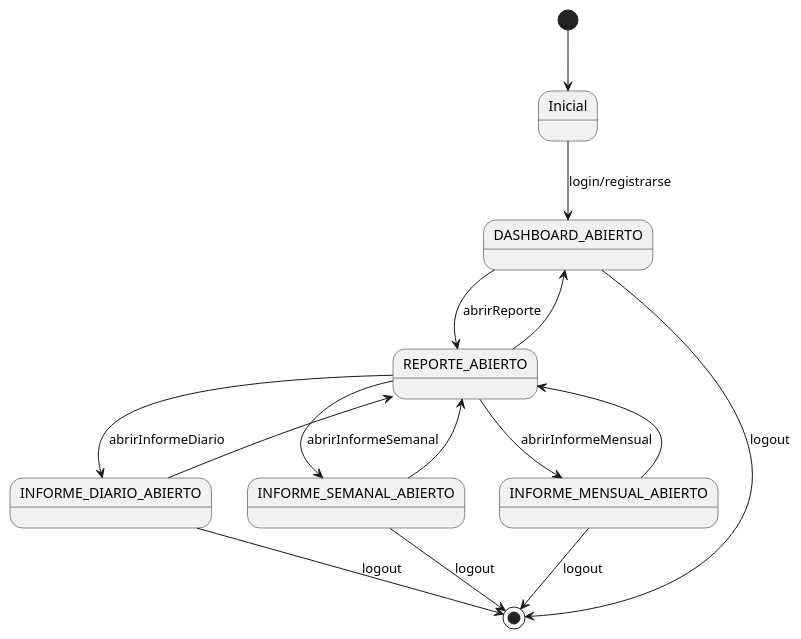
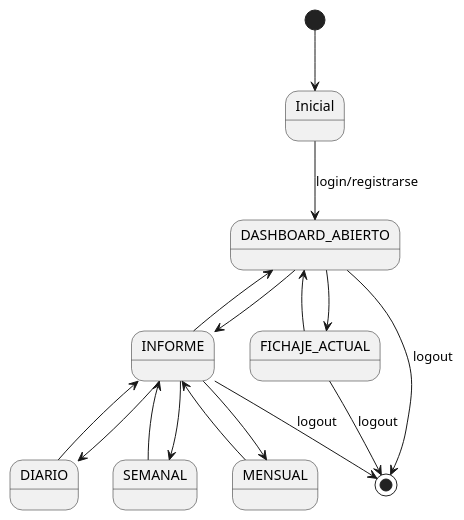
Before and after one commit to mmasias/23-24-IdSw1-SDR: the diagram in modelosUML/casosDeUso/diagramaContexto.puml, drawn with PlantUML.

```diff
--- a/modelosUML/casosDeUso/diagramaContexto.puml
+++ b/modelosUML/casosDeUso/diagramaContexto.puml
@@ -1,21 +1,25 @@
 @startuml
 
 [*] -->  Inicial
 
 Inicial -d-> DASHBOARD_ABIERTO : login/registrarse
 
-DASHBOARD_ABIERTO --> REPORTE_ABIERTO: abrirReporte
-REPORTE_ABIERTO --> DASHBOARD_ABIERTO
-REPORTE_ABIERTO --> INFORME_DIARIO_ABIERTO: abrirInformeDiario
-INFORME_DIARIO_ABIERTO --> REPORTE_ABIERTO
-REPORTE_ABIERTO --> INFORME_SEMANAL_ABIERTO: abrirInformeSemanal
-INFORME_SEMANAL_ABIERTO --> REPORTE_ABIERTO
-REPORTE_ABIERTO --> INFORME_MENSUAL_ABIERTO: abrirInformeMensual
-INFORME_MENSUAL_ABIERTO --> REPORTE_ABIERTO
+DASHBOARD_ABIERTO --> FICHAJE_ACTUAL
+DASHBOARD_ABIERTO --> INFORME
 
-INFORME_DIARIO_ABIERTO --> [*] : logout
-INFORME_SEMANAL_ABIERTO --> [*] : logout
-INFORME_MENSUAL_ABIERTO --> [*] : logout
+DASHBOARD_ABIERTO <-- FICHAJE_ACTUAL
+DASHBOARD_ABIERTO <-- INFORME
+
+INFORME --> DIARIO
+INFORME --> SEMANAL
+INFORME --> MENSUAL
+
+INFORME <-- DIARIO
+INFORME <-- SEMANAL
+INFORME <-- MENSUAL
+
 DASHBOARD_ABIERTO --> [*] : logout
+FICHAJE_ACTUAL --> [*] : logout
+INFORME --> [*] : logout
 
 @enduml
```
